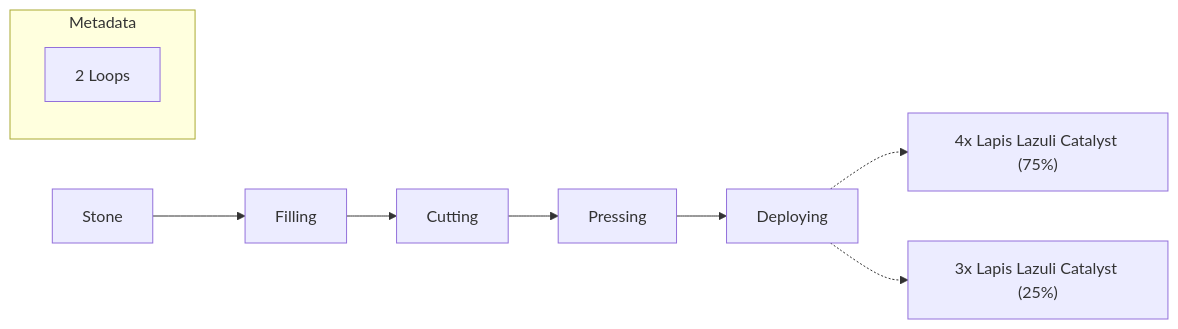
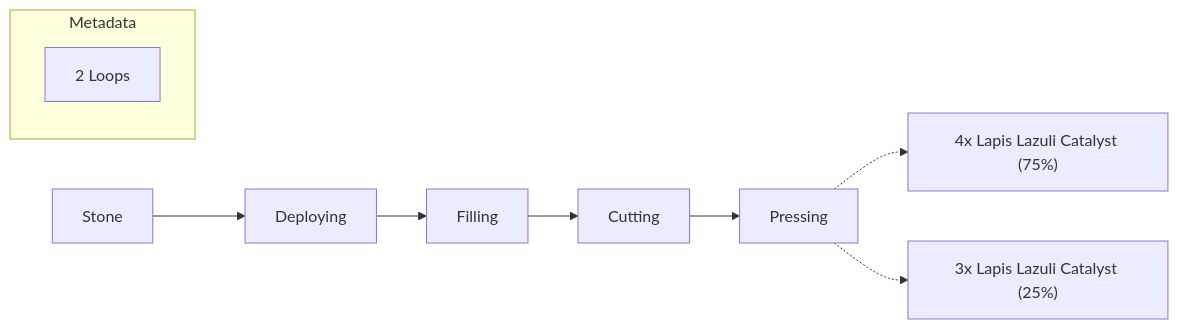
One commit to cybutr/kubejs changed diagram 46 of 59 in recipes.md. Above: the diagram before and after it, drawn with Mermaid. The commit also changed other lines of this file and 28 other files, not shown here.

````diff
--- a/recipes.md
+++ b/recipes.md
@@ -336,17 +494,17 @@
 ```mermaid
 graph LR
     subgraph Metadata
         loops["2 Loops"]
     end
     start["Stone"]
-    F0["Filling"]
-    start --> F0
-    C1["Cutting"]
-    F0 --> C1
-    P2["Pressing"]
-    C1 --> P2
-    D3["Deploying"]
-    P2 --> D3
-    D3 -.-> out0["4x Lapis Lazuli Catalyst (75%)"]
-    D3 -.-> out1["3x Lapis Lazuli Catalyst (25%)"]
+    D0["Deploying"]
+    start --> D0
+    F1["Filling"]
+    D0 --> F1
+    C2["Cutting"]
+    F1 --> C2
+    P3["Pressing"]
+    C2 --> P3
+    P3 -.-> out0["4x Lapis Lazuli Catalyst (75%)"]
+    P3 -.-> out1["3x Lapis Lazuli Catalyst (25%)"]
 ```
````
